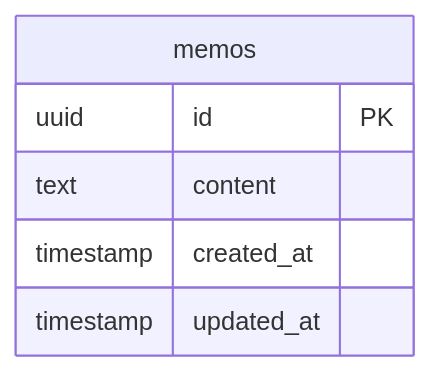
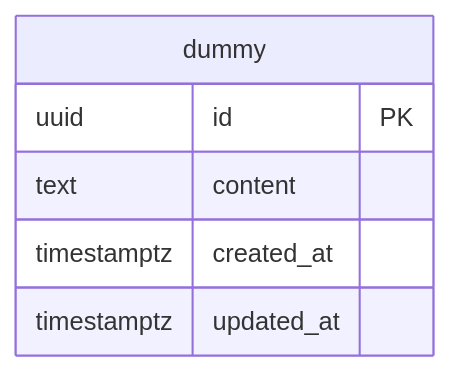
Before and after one commit to Hitamuki/study-web-modern-stack: the diagram in docs/er-diagram.md, drawn with Mermaid. The commit also changed other lines of this file, not shown here.

Commit message:
docs: ER 図を dummy テーブルに更新 #49

````diff
--- a/docs/er-diagram.md
+++ b/docs/er-diagram.md
@@ -5,9 +5,9 @@
 ```mermaid
 erDiagram
-  memos {
+  dummy {
     uuid id PK
     text content
-    timestamp created_at
-    timestamp updated_at
+    timestamptz created_at
+    timestamptz updated_at
   }
 ```
````
